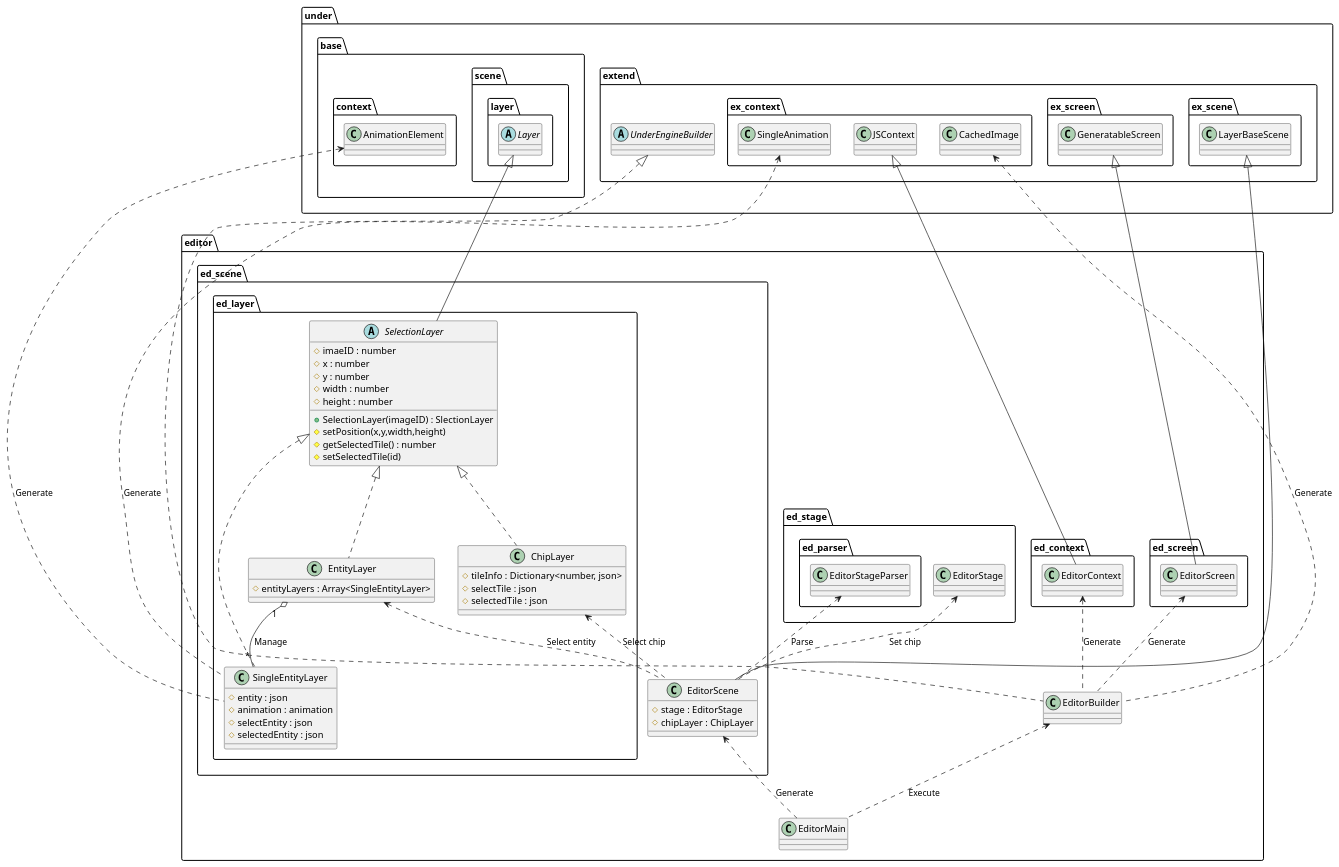
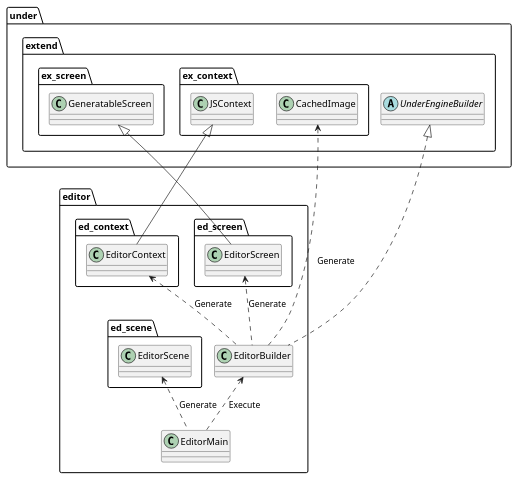
Before and after one commit to Expine/Under: the diagram in uml/editor/GameBase.wsd, drawn with PlantUML. The commit also changed 21 other files, not shown here.

Commit message:
Fix UML and README

```diff
--- a/uml/editor/GameBase.wsd
+++ b/uml/editor/GameBase.wsd
@@ -1,111 +1,45 @@
 @startuml EditorGameBase
 
 package editor {
     class EditorMain
     class EditorBuilder
 
     package ed_context {
         class EditorContext
     }
-    package ed_scene {
-        class EditorScene {
-            #stage : EditorStage
-            #chipLayer : ChipLayer
-        }
-        package ed_layer {
-            abstract SelectionLayer {
-                +SelectionLayer(imageID) : SlectionLayer
-                #imaeID : number
-                #x : number
-                #y : number
-                #width : number
-                #height : number
-                #setPosition(x,y,width,height)
-                #getSelectedTile() : number
-                #setSelectedTile(id)
-            }
-            class ChipLayer {
-                #tileInfo : Dictionary<number, json>
-                #selectTile : json
-                #selectedTile : json
-            }
-            class EntityLayer {
-                #entityLayers : Array<SingleEntityLayer>
-            }
-            class SingleEntityLayer {
-                #entity : json
-                #animation : animation
-                #selectEntity : json
-                #selectedEntity : json
-            }
-        }
-    }
 
     package ed_screen {
         class EditorScreen
     }
 }
 
 package under {
-    package base {
-        package context {
-            class AnimationElement
-        }
-        package scene {
-            package layer {
-                abstract Layer
-            }
-        }
-    }
     package extend {
         abstract UnderEngineBuilder
         package ex_context {
-            class SingleAnimation
             class JSContext
             class CachedImage
-        }
-        package ex_scene {
-            class LayerBaseScene
         }
         package ex_screen {
             class GeneratableScreen
         }
     }
 }
 
 package editor {
-    package ed_stage {
-        class EditorStage
-        package ed_parser {
-            class EditorStageParser
-        }
+    package ed_scene {
+        class EditorScene
     }
 }
 
 EditorBuilder <.. EditorMain : "Execute"
 EditorScene <.. EditorMain : "Generate"
 EditorScreen <.. EditorBuilder : "Generate"
 EditorContext <.. EditorBuilder : "Generate"
 CachedImage <.. EditorBuilder : "Generate"
 
-EditorStageParser <.. EditorScene : "Parse"
-ChipLayer <.. EditorScene : "Select chip"
-EntityLayer <.. EditorScene : "Select entity"
-EditorStage <.. EditorScene : "Set chip"
-
-EntityLayer "1" o-- "*" SingleEntityLayer : "Manage"
-
-SingleAnimation <... SingleEntityLayer : "Generate"
-AnimationElement <... SingleEntityLayer : "Generate"
-
 UnderEngineBuilder <|.. EditorBuilder
 GeneratableScreen <|-- EditorScreen
 JSContext <|-- EditorContext
 
-LayerBaseScene <|-- EditorScene
-Layer <|-- SelectionLayer
-SelectionLayer <|.. ChipLayer
-SelectionLayer <|.. EntityLayer
-SelectionLayer <|.. SingleEntityLayer
-
 @enduml
```
